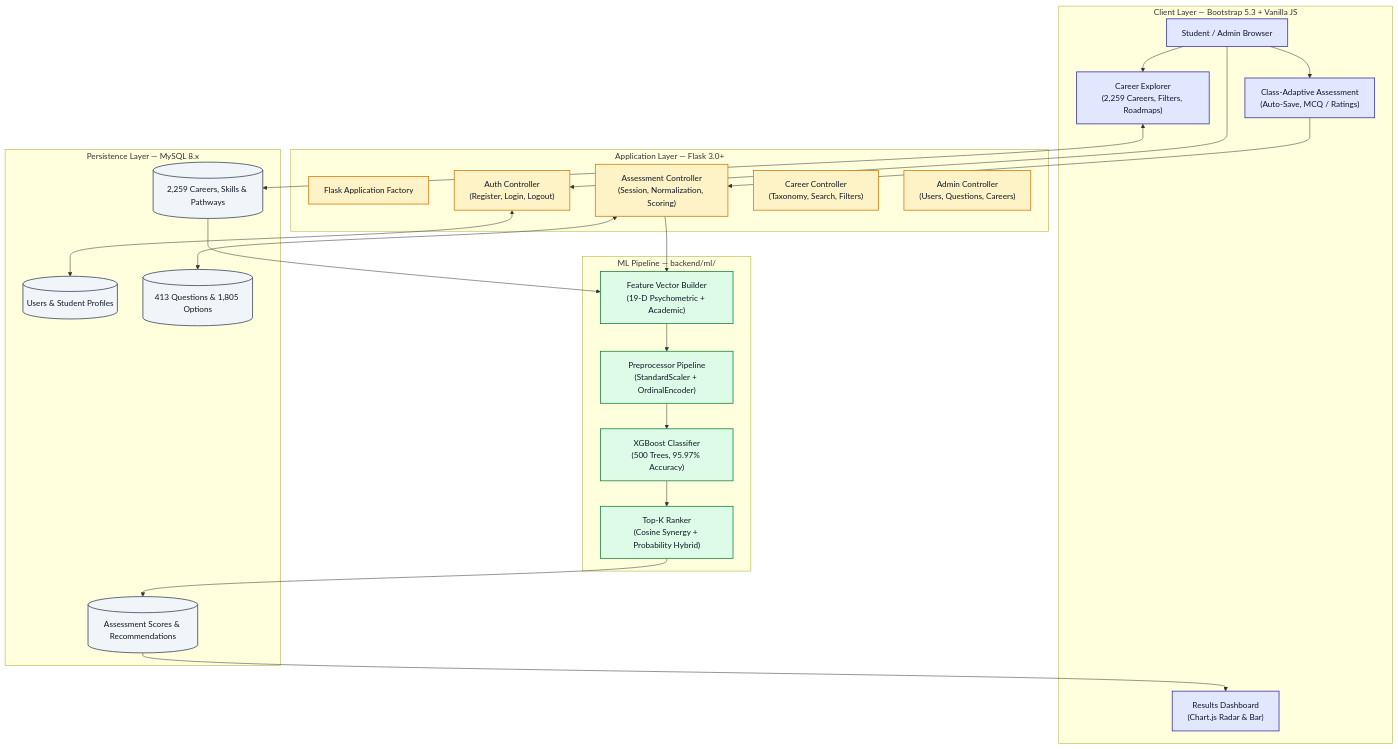
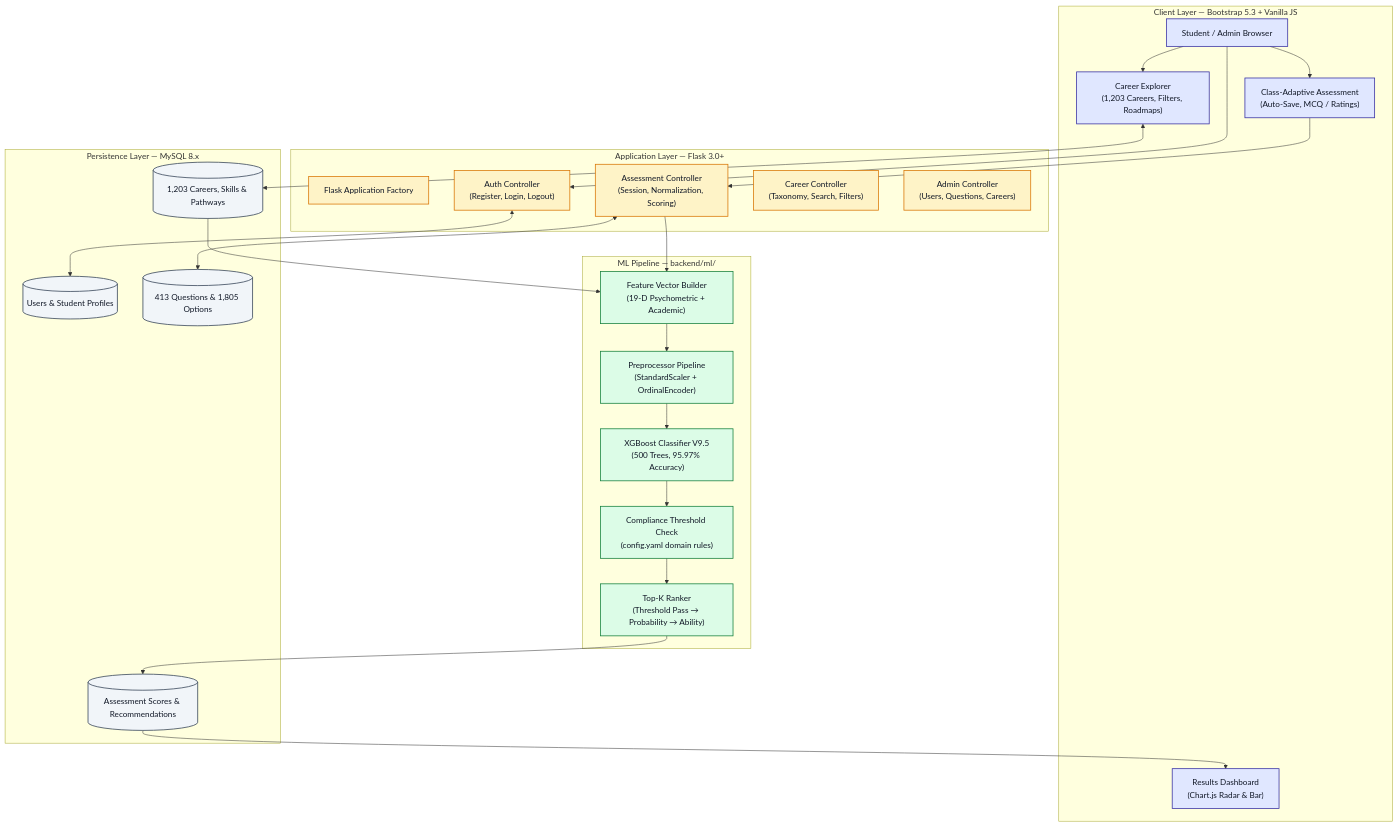
The first of 2 diagrams in README.md (AMB-007/Personalized-Career-Recommendation-System-Using-Machine-Learning), drawn with Mermaid before and after one commit. The commit also changed other lines of this file, not shown here.

Commit message:
docs: update README for V9.5-Champion - compliance ranking, unified SQL, 83/83 tests

````diff
--- a/README.md
+++ b/README.md
@@ -82,49 +97,50 @@
 ```mermaid
 flowchart TB
     classDef client  fill:#E0E7FF,stroke:#3730A3,stroke-width:1.5px,color:#111827
     classDef flask   fill:#FEF3C7,stroke:#D97706,stroke-width:1.5px,color:#111827
     classDef ml      fill:#DCFCE7,stroke:#15803D,stroke-width:1.5px,color:#111827
     classDef db      fill:#F1F5F9,stroke:#334155,stroke-width:1.5px,color:#111827
 
     subgraph Client [" Client Layer — Bootstrap 5.3 + Vanilla JS "]
         A["Student / Admin Browser"]:::client
         A1["Class-Adaptive Assessment<br/>(Auto-Save, MCQ / Ratings)"]:::client
         A2["Results Dashboard<br/>(Chart.js Radar & Bar)"]:::client
-        A3["Career Explorer<br/>(2,259 Careers, Filters, Roadmaps)"]:::client
+        A3["Career Explorer<br/>(1,203 Careers, Filters, Roadmaps)"]:::client
     end
 
     subgraph App [" Application Layer — Flask 3.0+ "]
         B["Flask Application Factory"]:::flask
         B1["Auth Controller<br/>(Register, Login, Logout)"]:::flask
         B2["Assessment Controller<br/>(Session, Normalization, Scoring)"]:::flask
         B3["Career Controller<br/>(Taxonomy, Search, Filters)"]:::flask
         B4["Admin Controller<br/>(Users, Questions, Careers)"]:::flask
     end
 
     subgraph ML [" ML Pipeline — backend/ml/ "]
         C1["Feature Vector Builder<br/>(19-D Psychometric + Academic)"]:::ml
         C2["Preprocessor Pipeline<br/>(StandardScaler + OrdinalEncoder)"]:::ml
-        C3["XGBoost Classifier<br/>(500 Trees, 95.97% Accuracy)"]:::ml
-        C4["Top-K Ranker<br/>(Cosine Synergy + Probability Hybrid)"]:::ml
+        C3["XGBoost Classifier V9.5<br/>(500 Trees, 95.97% Accuracy)"]:::ml
+        C4["Compliance Threshold Check<br/>(config.yaml domain rules)"]:::ml
+        C5["Top-K Ranker<br/>(Threshold Pass → Probability → Ability)"]:::ml
     end
 
     subgraph DB [" Persistence Layer — MySQL 8.x "]
         D1[("Users & Student Profiles")]:::db
         D2[("413 Questions & 1,805 Options")]:::db
-        D3[("2,259 Careers, Skills & Pathways")]:::db
+        D3[("1,203 Careers, Skills & Pathways")]:::db
         D4[("Assessment Scores & Recommendations")]:::db
     end
 
     A --> B1
     B1 <--> D1
     A --> A1
     A1 --> B2
     B2 <--> D2
     B2 --> C1
     D3 --> C1
-    C1 --> C2 --> C3 --> C4
-    C4 --> D4
+    C1 --> C2 --> C3 --> C4 --> C5
+    C5 --> D4
     D4 --> A2
     A --> A3
     A3 <--> D3
 ```
````
